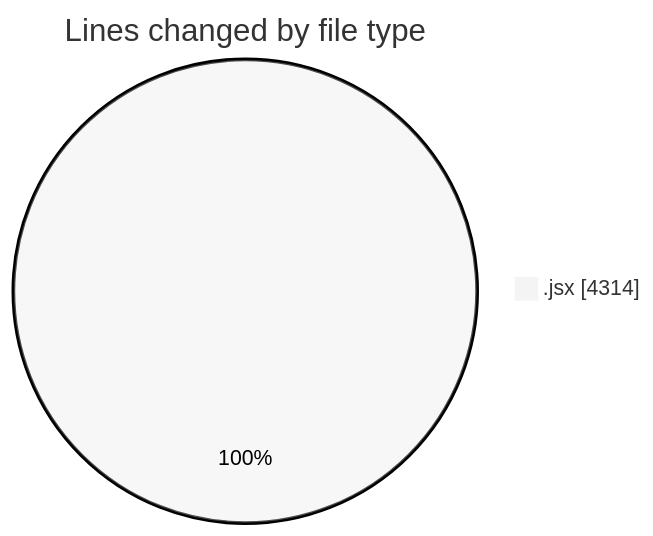
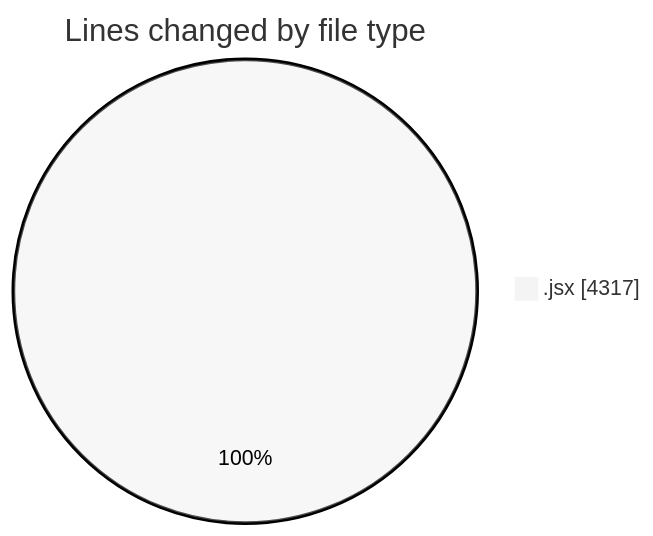
One commit to nxtqubesakshisongat/code-tracking changed the first of 2 diagrams in 2025-06-02/nxtqube_webapp/README.md. Above: the diagram before and after it, drawn with Mermaid (neutral theme). The commit also changed other lines of this file and 1 other file, not shown here.

````diff
--- a/2025-06-02/nxtqube_webapp/README.md
+++ b/2025-06-02/nxtqube_webapp/README.md
@@ -21,5 +21,5 @@
 ```mermaid
 pie showData
 title Lines changed by file type
-".jsx" : 4314
+".jsx" : 4317
 ```
````
